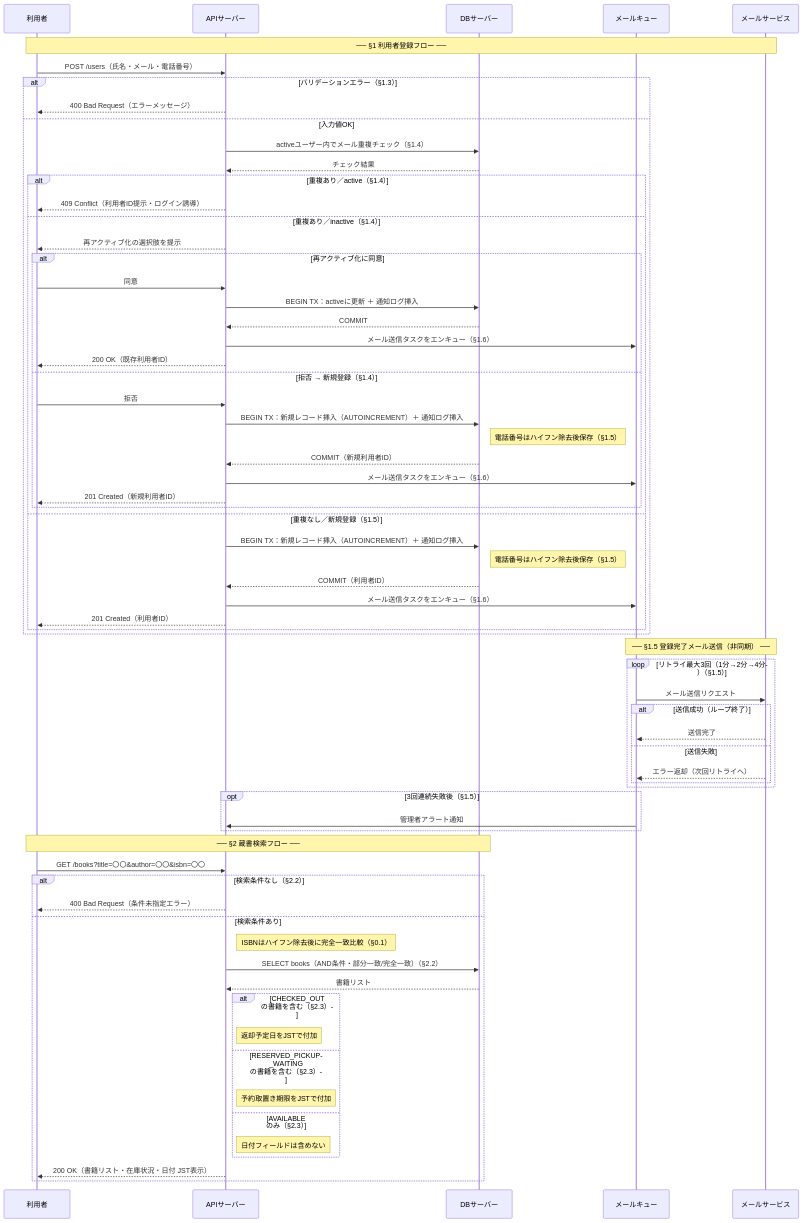
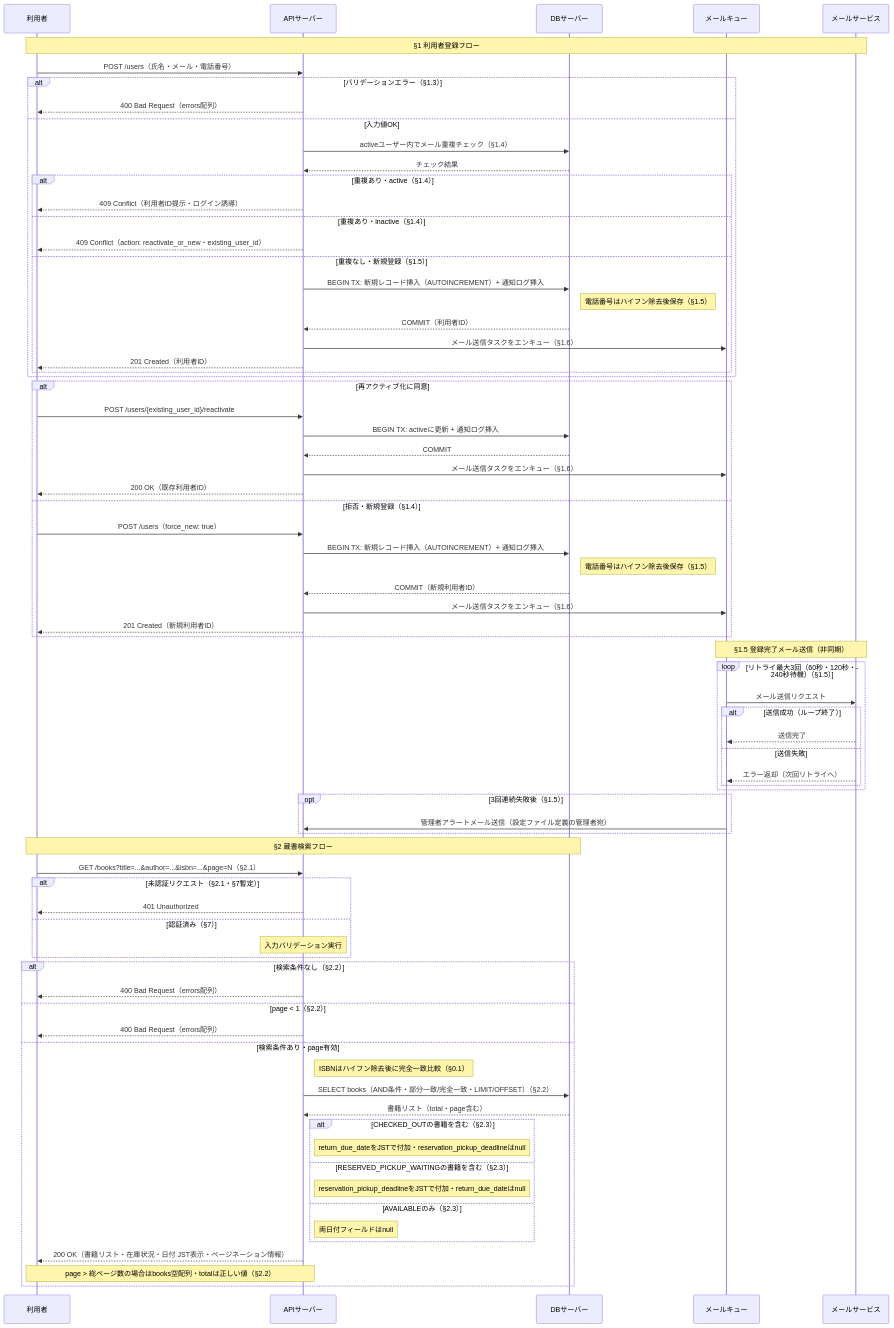
One commit to MahiroIkeda/claude_speckflow_sequence changed the diagram in docs/sequence.md. Above: the diagram before and after it, drawn with Mermaid. The commit also changed other lines of this file and 2 other files, not shown here.

Commit message:
docs: 仕様書v1.4・シーケンス図を更新（SpecFlowパイプライン）
- 仕様書 v1.3 → v1.4: 曖昧性10件を形式化、4本柱レビューにより完全性・一貫性を改善
  - §1: 複数エラー一括返却、inactive重複のHTTP形式・エンドポイント定義
  - §1: リトライ待機起算点・管理者アラート送信先を明確化
  - §2: GET /books エンドポイント・認証要件・ページネーション追加
  - §2: JSONフィールド名・null返却ルールを定義
  - §0: 自動処理の実行タイミング（72時間判定）を定義
- シーケンス図: 認証(401)・page境界値エラー・新エンドポイントを反映
- docs/ai-decision-log.md: AIの判断根拠を全ステップ分記録

````diff
--- a/docs/sequence.md
+++ b/docs/sequence.md
@@ -23,36 +23,22 @@
     participant MQ as メールキュー
     participant MS as メールサービス
 
-    note over U,MS: ── §1 利用者登録フロー ──
+    note over U,MS: §1 利用者登録フロー
 
     U->>API: POST /users（氏名・メール・電話番号）
 
     alt バリデーションエラー（§1.3）
-        API-->>U: 400 Bad Request（エラーメッセージ）
+        API-->>U: 400 Bad Request（errors配列）
     else 入力値OK
         API->>DB: activeユーザー内でメール重複チェック（§1.4）
         DB-->>API: チェック結果
 
-        alt 重複あり／active（§1.4）
+        alt 重複あり・active（§1.4）
             API-->>U: 409 Conflict（利用者ID提示・ログイン誘導）
-        else 重複あり／inactive（§1.4）
-            API-->>U: 再アクティブ化の選択肢を提示
-            alt 再アクティブ化に同意
-                U->>API: 同意
-                API->>DB: BEGIN TX：activeに更新 ＋ 通知ログ挿入
-                DB-->>API: COMMIT
-                API->>MQ: メール送信タスクをエンキュー（§1.6）
-                API-->>U: 200 OK（既存利用者ID）
-            else 拒否 → 新規登録（§1.4）
-                U->>API: 拒否
-                API->>DB: BEGIN TX：新規レコード挿入（AUTOINCREMENT）＋ 通知ログ挿入
-                note right of DB: 電話番号はハイフン除去後保存（§1.5）
-                DB-->>API: COMMIT（新規利用者ID）
-                API->>MQ: メール送信タスクをエンキュー（§1.6）
-                API-->>U: 201 Created（新規利用者ID）
-            end
-        else 重複なし／新規登録（§1.5）
-            API->>DB: BEGIN TX：新規レコード挿入（AUTOINCREMENT）＋ 通知ログ挿入
+        else 重複あり・inactive（§1.4）
+            API-->>U: 409 Conflict（action: reactivate_or_new・existing_user_id）
+        else 重複なし・新規登録（§1.5）
+            API->>DB: BEGIN TX: 新規レコード挿入（AUTOINCREMENT）+ 通知ログ挿入
             note right of DB: 電話番号はハイフン除去後保存（§1.5）
             DB-->>API: COMMIT（利用者ID）
             API->>MQ: メール送信タスクをエンキュー（§1.6）
@@ -60,9 +46,25 @@
         end
     end
 
-    note over MQ,MS: ── §1.5 登録完了メール送信（非同期） ──
+    %% inactiveの場合のみ：再アクティブ化の選択（§1.4）
+    alt 再アクティブ化に同意
+        U->>API: POST /users/{existing_user_id}/reactivate
+        API->>DB: BEGIN TX: activeに更新 + 通知ログ挿入
+        DB-->>API: COMMIT
+        API->>MQ: メール送信タスクをエンキュー（§1.6）
+        API-->>U: 200 OK（既存利用者ID）
+    else 拒否・新規登録（§1.4）
+        U->>API: POST /users（force_new: true）
+        API->>DB: BEGIN TX: 新規レコード挿入（AUTOINCREMENT）+ 通知ログ挿入
+        note right of DB: 電話番号はハイフン除去後保存（§1.5）
+        DB-->>API: COMMIT（新規利用者ID）
+        API->>MQ: メール送信タスクをエンキュー（§1.6）
+        API-->>U: 201 Created（新規利用者ID）
+    end
 
-    loop リトライ最大3回（1分→2分→4分）（§1.5）
+    note over MQ,MS: §1.5 登録完了メール送信（非同期）
+
+    loop リトライ最大3回（60秒・120秒・240秒待機）（§1.5）
         MQ->>MS: メール送信リクエスト
         alt 送信成功（ループ終了）
             MS-->>MQ: 送信完了
@@ -72,31 +74,41 @@
     end
 
     opt 3回連続失敗後（§1.5）
-        MQ->>API: 管理者アラート通知
+        MQ->>API: 管理者アラートメール送信（設定ファイル定義の管理者宛）
     end
 
-    note over U,DB: ── §2 蔵書検索フロー ──
+    note over U,DB: §2 蔵書検索フロー
 
-    U->>API: GET /books?title=〇〇&author=〇〇&isbn=〇〇
+    U->>API: GET /books?title=...&author=...&isbn=...&page=N（§2.1）
 
+    alt 未認証リクエスト（§2.1・§7暫定）
+        API-->>U: 401 Unauthorized
+    else 認証済み（§7）
+        note over API: 入力バリデーション実行
+    end
+
+    %% 以下は認証済みの場合のみ（§2.2）
     alt 検索条件なし（§2.2）
-        API-->>U: 400 Bad Request（条件未指定エラー）
-    else 検索条件あり
+        API-->>U: 400 Bad Request（errors配列）
+    else page < 1（§2.2）
+        API-->>U: 400 Bad Request（errors配列）
+    else 検索条件あり・page有効
         note right of API: ISBNはハイフン除去後に完全一致比較（§0.1）
-        API->>DB: SELECT books（AND条件・部分一致/完全一致）（§2.2）
-        DB-->>API: 書籍リスト
+        API->>DB: SELECT books（AND条件・部分一致/完全一致・LIMIT/OFFSET）（§2.2）
+        DB-->>API: 書籍リスト（total・page含む）
 
-        alt CHECKED_OUT の書籍を含む（§2.3）
-            note right of API: 返却予定日をJSTで付加
-        else RESERVED_PICKUP_WAITING の書籍を含む（§2.3）
-            note right of API: 予約取置き期限をJSTで付加
-        else AVAILABLE のみ（§2.3）
-            note right of API: 日付フィールドは含めない
+        alt CHECKED_OUTの書籍を含む（§2.3）
+            note right of API: return_due_dateをJSTで付加・reservation_pickup_deadlineはnull
+        else RESERVED_PICKUP_WAITINGの書籍を含む（§2.3）
+            note right of API: reservation_pickup_deadlineをJSTで付加・return_due_dateはnull
+        else AVAILABLEのみ（§2.3）
+            note right of API: 両日付フィールドはnull
         end
 
-        API-->>U: 200 OK（書籍リスト・在庫状況・日付 JST表示）
+        API-->>U: 200 OK（書籍リスト・在庫状況・日付 JST表示・ページネーション情報）
+        note over API,U: page > 総ページ数の場合はbooks空配列・totalは正しい値（§2.2）
     end
 
     %% 仕様参照: docs/specification.md
-    %% 生成日時: 2026-05-29 10:00
+    %% 生成日時: 2026-05-29 12:00
 ```
````
